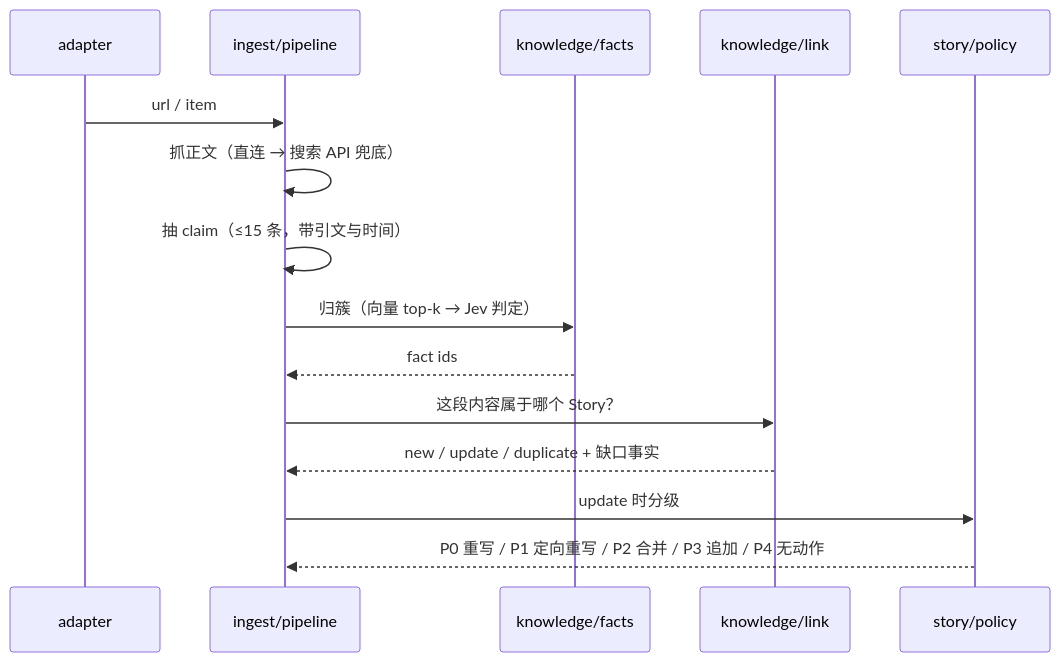
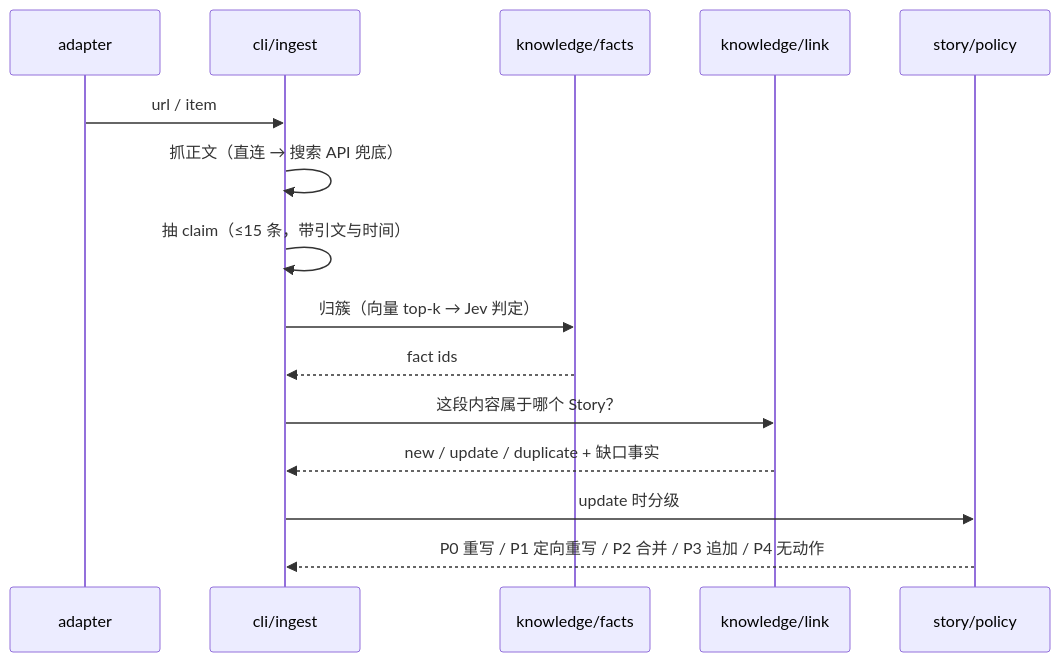
The first of 2 diagrams in docs/architecture.md (hwei8/Winnow), drawn with Mermaid before and after one commit. The commit also changed other lines of this file and 93 other files, not shown here.

````diff
--- a/docs/architecture.md
+++ b/docs/architecture.md
@@ -122,17 +127,17 @@
 ```mermaid
 sequenceDiagram
   participant AD as adapter
-  participant IP as ingest/pipeline
+  participant IP as cli/ingest
   participant KF as knowledge/facts
   participant KL as knowledge/link
   participant SP as story/policy
   AD->>IP: url / item
   IP->>IP: 抓正文（直连 → 搜索 API 兜底）
   IP->>IP: 抽 claim（≤15 条，带引文与时间）
   IP->>KF: 归簇（向量 top-k → Jev 判定）
   KF-->>IP: fact ids
   IP->>KL: 这段内容属于哪个 Story？
   KL-->>IP: new / update / duplicate + 缺口事实
   IP->>SP: update 时分级
   SP-->>IP: P0 重写 / P1 定向重写 / P2 合并 / P3 追加 / P4 无动作
 ```
````
